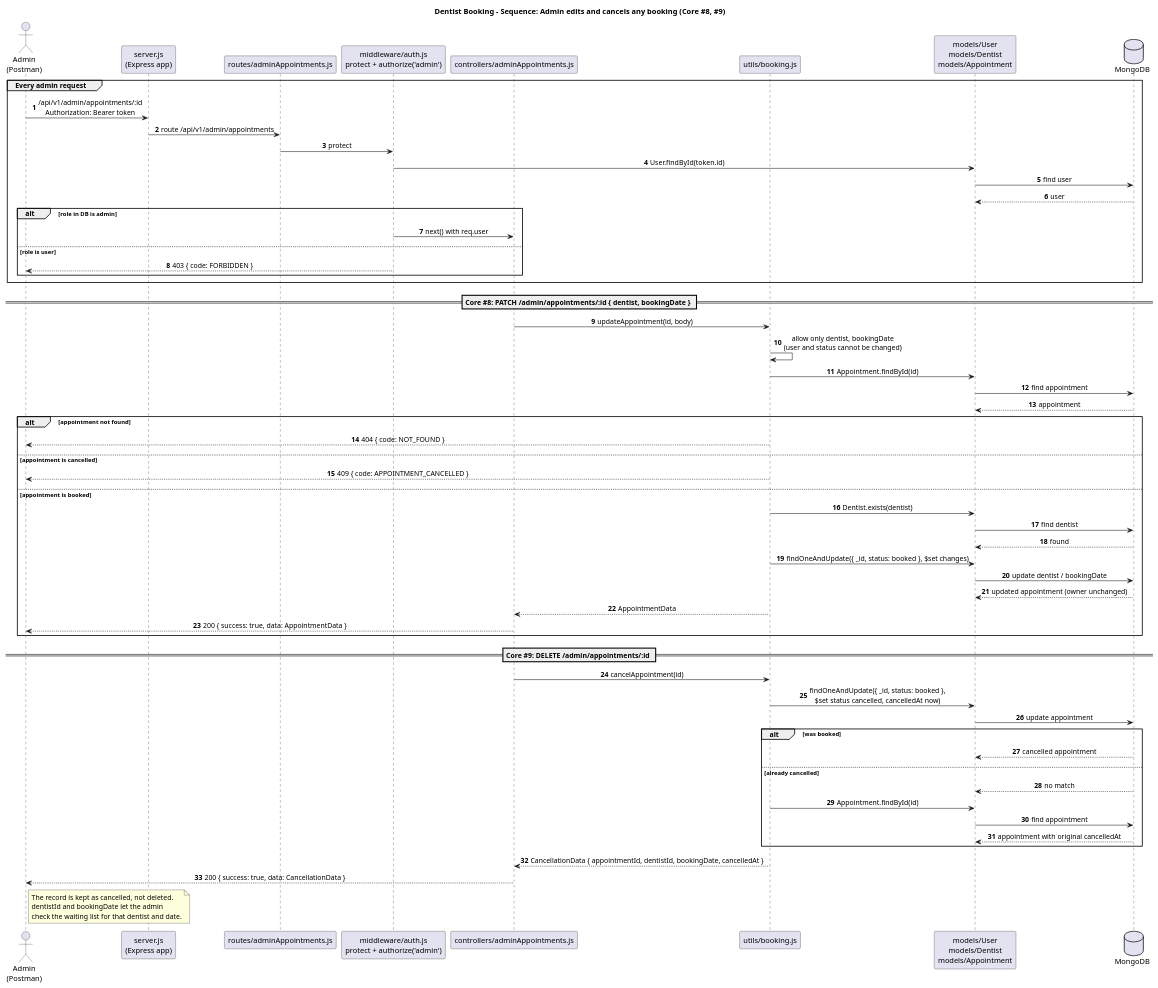
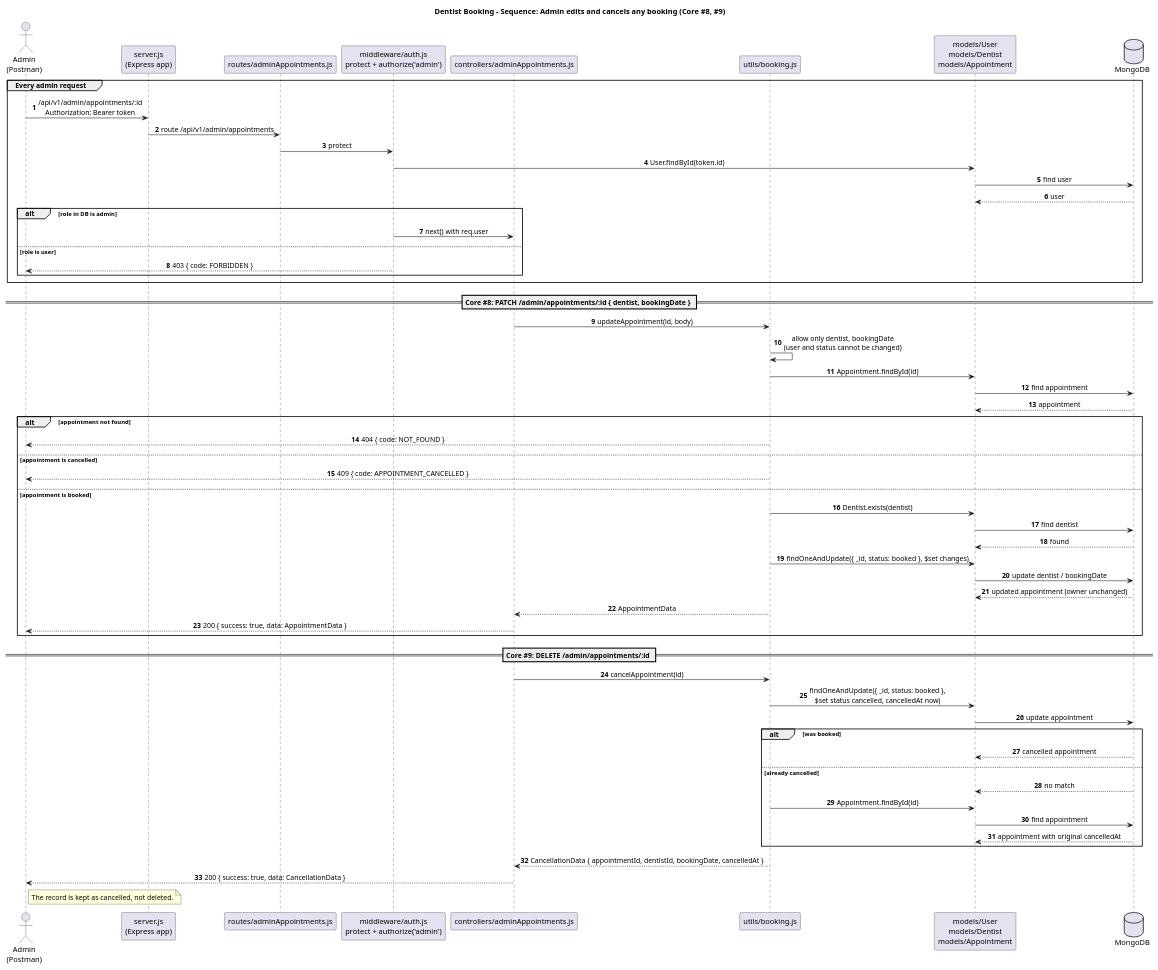
Before and after one commit to EXZEy1/sw-dev-prac-project: the diagram in docs/diagrams/sequence-core-admin-edit-cancel.puml, drawn with PlantUML. The commit also changed 2 other files, not shown here.

Commit message:
docs(diagrams): keep admin sequence to core requirements only

```diff
--- a/docs/diagrams/sequence-core-admin-edit-cancel.puml
+++ b/docs/diagrams/sequence-core-admin-edit-cancel.puml
@@ -1,72 +1,70 @@
 @startuml
 !pragma teoz true
 skinparam shadowing false
 skinparam defaultFontName Arial
 skinparam sequenceMessageAlign center
 autonumber
 title Dentist Booking - Sequence: Admin edits and cancels any booking (Core #8, #9)
 
 actor "Admin\n(Postman)" as Client
 participant "server.js\n(Express app)" as App
 participant "routes/adminAppointments.js" as Router
 participant "middleware/auth.js\nprotect + authorize('admin')" as Auth
 participant "controllers/adminAppointments.js" as Controller
 participant "utils/booking.js" as Booking
 participant "models/User\nmodels/Dentist\nmodels/Appointment" as Model
 database "MongoDB" as DB
 
 group Every admin request
   Client -> App : /api/v1/admin/appointments/:id\nAuthorization: Bearer token
   App -> Router : route /api/v1/admin/appointments
   Router -> Auth : protect
   Auth -> Model : User.findById(token.id)
   Model -> DB : find user
   DB --> Model : user
   alt role in DB is admin
     Auth -> Controller : next() with req.user
   else role is user
     Auth --> Client : 403 { code: FORBIDDEN }
   end
 end
 
 == Core #8: PATCH /admin/appointments/:id { dentist, bookingDate } ==
 Controller -> Booking : updateAppointment(id, body)
 Booking -> Booking : allow only dentist, bookingDate\n(user and status cannot be changed)
 Booking -> Model : Appointment.findById(id)
 Model -> DB : find appointment
 DB --> Model : appointment
 alt appointment not found
   Booking --> Client : 404 { code: NOT_FOUND }
 else appointment is cancelled
   Booking --> Client : 409 { code: APPOINTMENT_CANCELLED }
 else appointment is booked
   Booking -> Model : Dentist.exists(dentist)
   Model -> DB : find dentist
   DB --> Model : found
   Booking -> Model : findOneAndUpdate({ _id, status: booked }, $set changes)
   Model -> DB : update dentist / bookingDate
   DB --> Model : updated appointment (owner unchanged)
   Booking --> Controller : AppointmentData
   Controller --> Client : 200 { success: true, data: AppointmentData }
 end
 
 == Core #9: DELETE /admin/appointments/:id ==
 Controller -> Booking : cancelAppointment(id)
 Booking -> Model : findOneAndUpdate({ _id, status: booked },\n$set status cancelled, cancelledAt now)
 Model -> DB : update appointment
 alt was booked
   DB --> Model : cancelled appointment
 else already cancelled
   DB --> Model : no match
   Booking -> Model : Appointment.findById(id)
   Model -> DB : find appointment
   DB --> Model : appointment with original cancelledAt
 end
 Booking --> Controller : CancellationData { appointmentId, dentistId, bookingDate, cancelledAt }
 Controller --> Client : 200 { success: true, data: CancellationData }
 note right of Client
   The record is kept as cancelled, not deleted.
-  dentistId and bookingDate let the admin
-  check the waiting list for that dentist and date.
 end note
 @enduml
```
